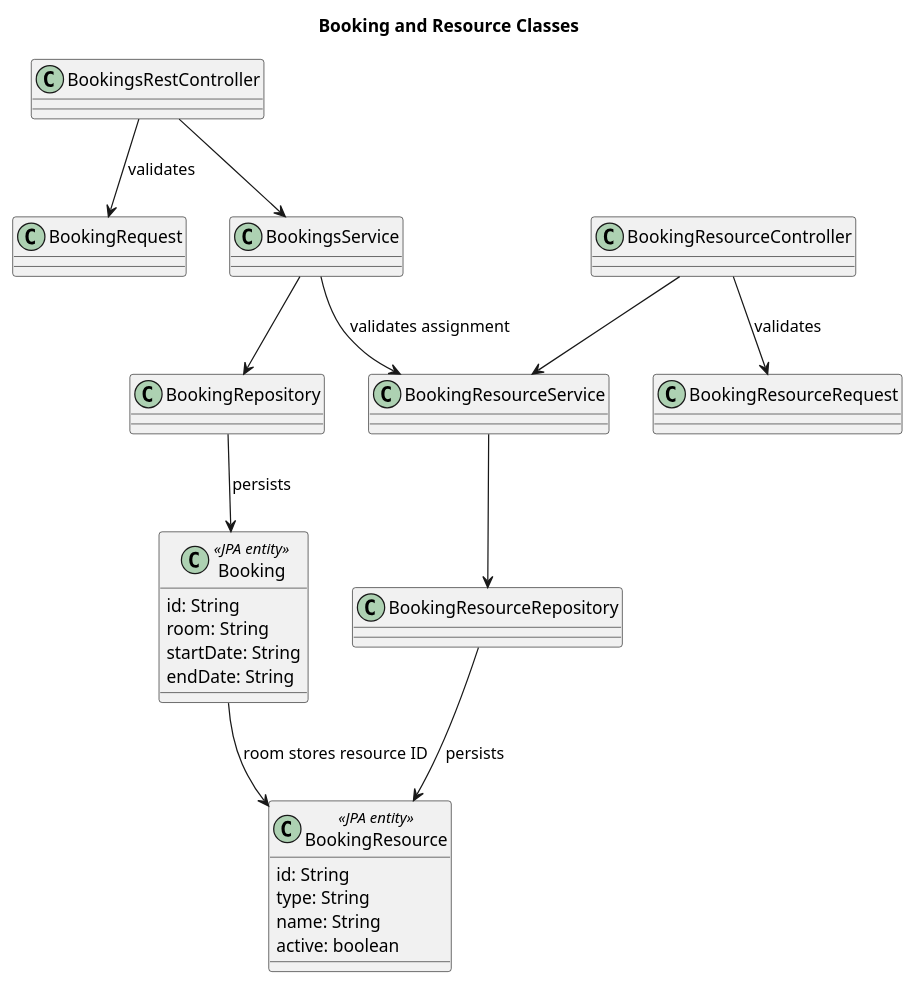
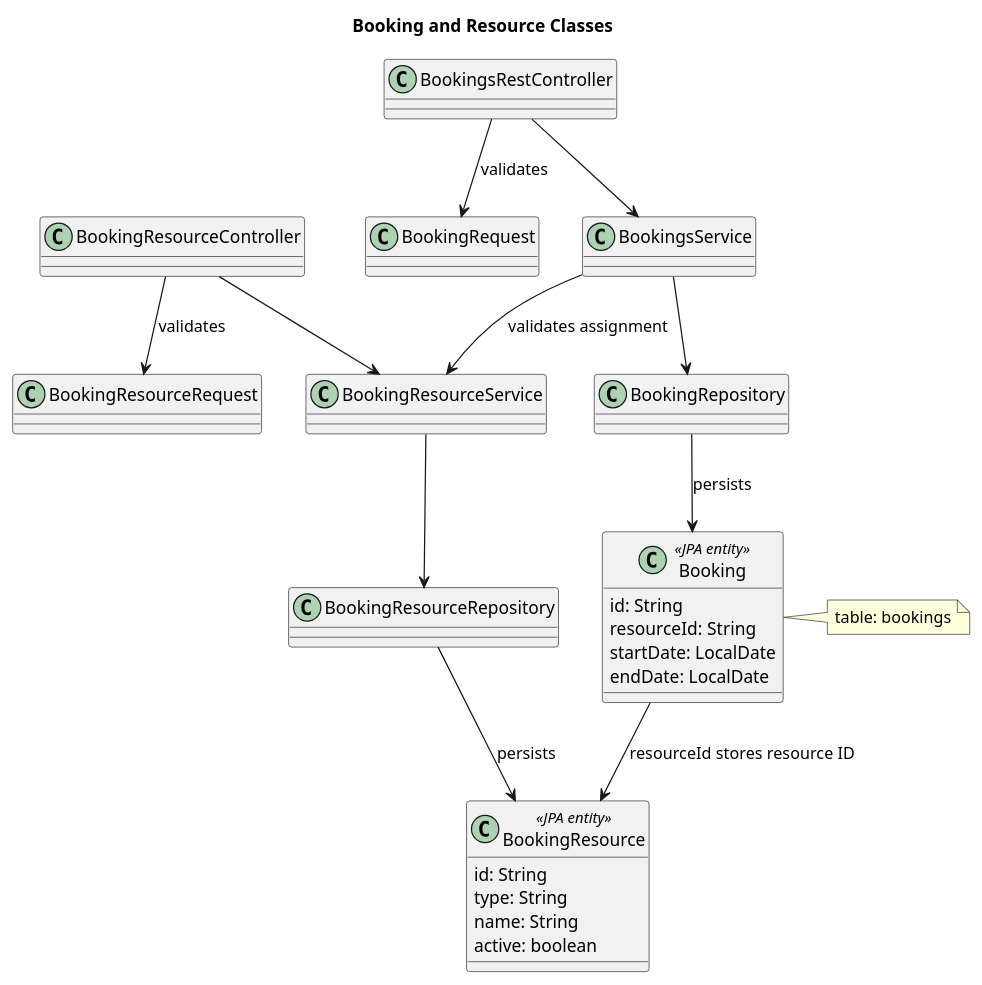
The diagram in docs/diagrams/booking-resource-classes.puml (georgiosleon/leonbookinsKarpathos), drawn with PlantUML before and after one commit. The commit also changed 41 other files, not shown here.

```diff
--- a/docs/diagrams/booking-resource-classes.puml
+++ b/docs/diagrams/booking-resource-classes.puml
@@ -1,36 +1,37 @@
 @startuml
 title Booking and Resource Classes
 
 class BookingsRestController
 class BookingResourceController
 class BookingRequest
 class BookingResourceRequest
 class BookingsService
 class BookingResourceService
 class BookingRepository
 class BookingResourceRepository
 class Booking <<JPA entity>> {
   id: String
-  room: String
-  startDate: String
-  endDate: String
+  resourceId: String
+  startDate: LocalDate
+  endDate: LocalDate
 }
+note right of Booking : table: bookings
 class BookingResource <<JPA entity>> {
   id: String
   type: String
   name: String
   active: boolean
 }
 
 BookingsRestController --> BookingRequest : validates
 BookingsRestController --> BookingsService
 BookingResourceController --> BookingResourceRequest : validates
 BookingResourceController --> BookingResourceService
 BookingsService --> BookingRepository
 BookingsService --> BookingResourceService : validates assignment
 BookingRepository --> Booking : persists
 BookingResourceService --> BookingResourceRepository
 BookingResourceRepository --> BookingResource : persists
-Booking --> BookingResource : room stores resource ID
+Booking --> BookingResource : resourceId stores resource ID
 
 @enduml
```
